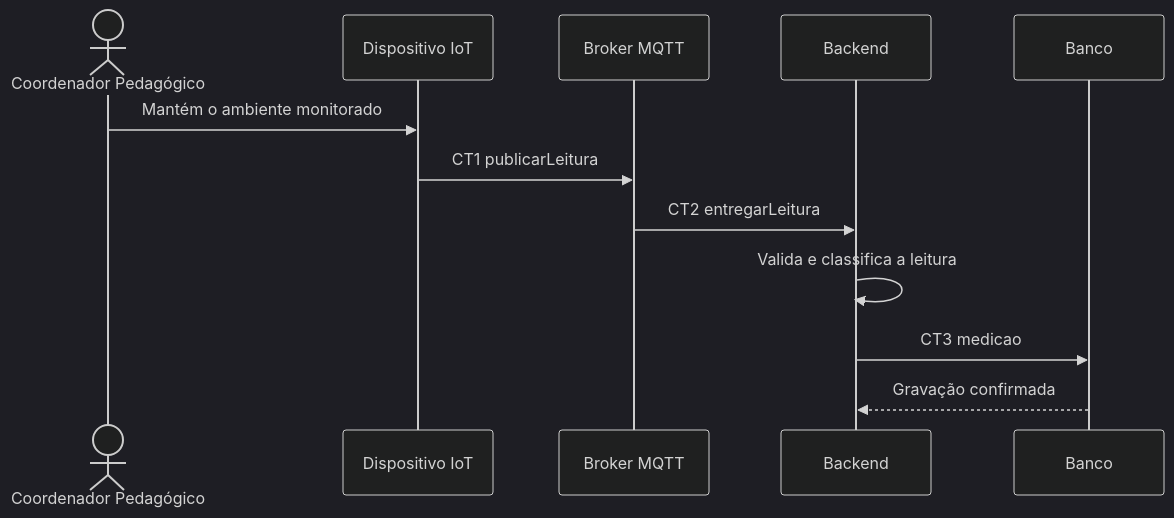
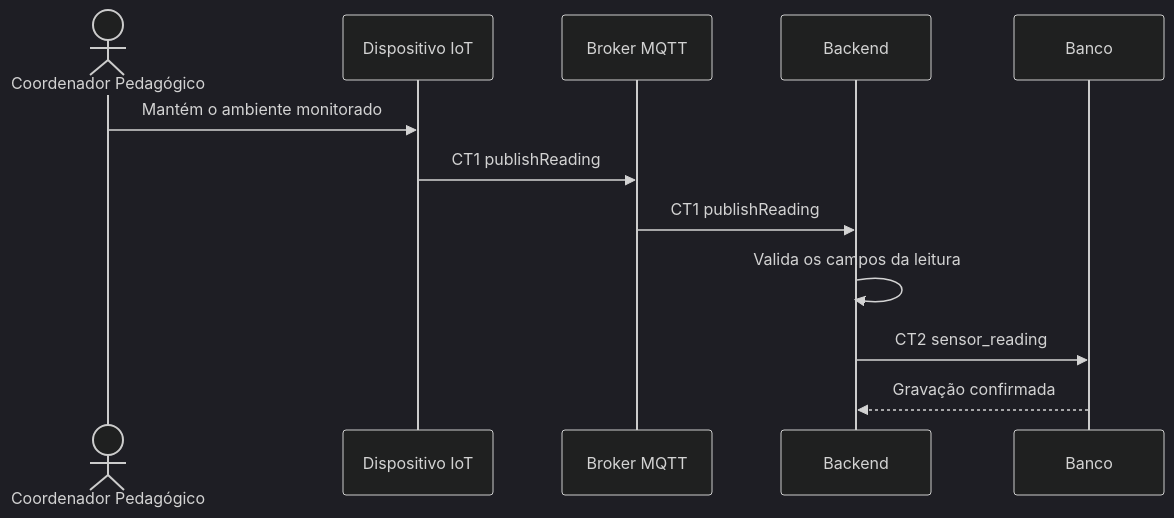
The diagram in docs/fluxos/E2-registro-das-leituras.md (VitorBergantin/pi4-0102-g9), drawn with Mermaid (dark theme) before and after one commit. The commit also changed other lines of this file and 6 other files, not shown here.

````diff
--- a/docs/fluxos/E2-registro-das-leituras.md
+++ b/docs/fluxos/E2-registro-das-leituras.md
@@ -16,14 +16,14 @@
 ```mermaid
 sequenceDiagram
     actor Coordenador as Coordenador Pedagógico
     participant IoT as Dispositivo IoT
     participant Broker as Broker MQTT
     participant Backend
     participant Banco
     Coordenador->>IoT: Mantém o ambiente monitorado
-    IoT->>Broker: CT1 publicarLeitura
-    Broker->>Backend: CT2 entregarLeitura
-    Backend->>Backend: Valida e classifica a leitura
-    Backend->>Banco: CT3 medicao
+    IoT->>Broker: CT1 publishReading
+    Broker->>Backend: CT1 publishReading
+    Backend->>Backend: Valida os campos da leitura
+    Backend->>Banco: CT2 sensor_reading
     Banco-->>Backend: Gravação confirmada
 ```
````
